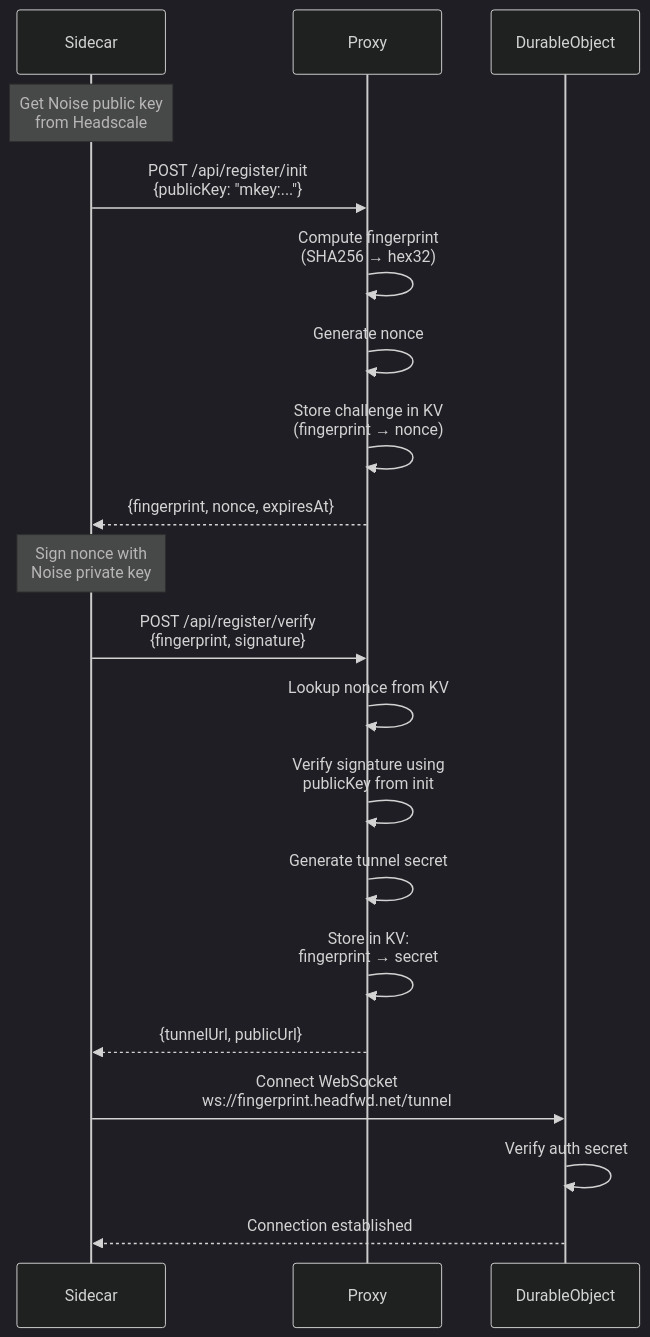
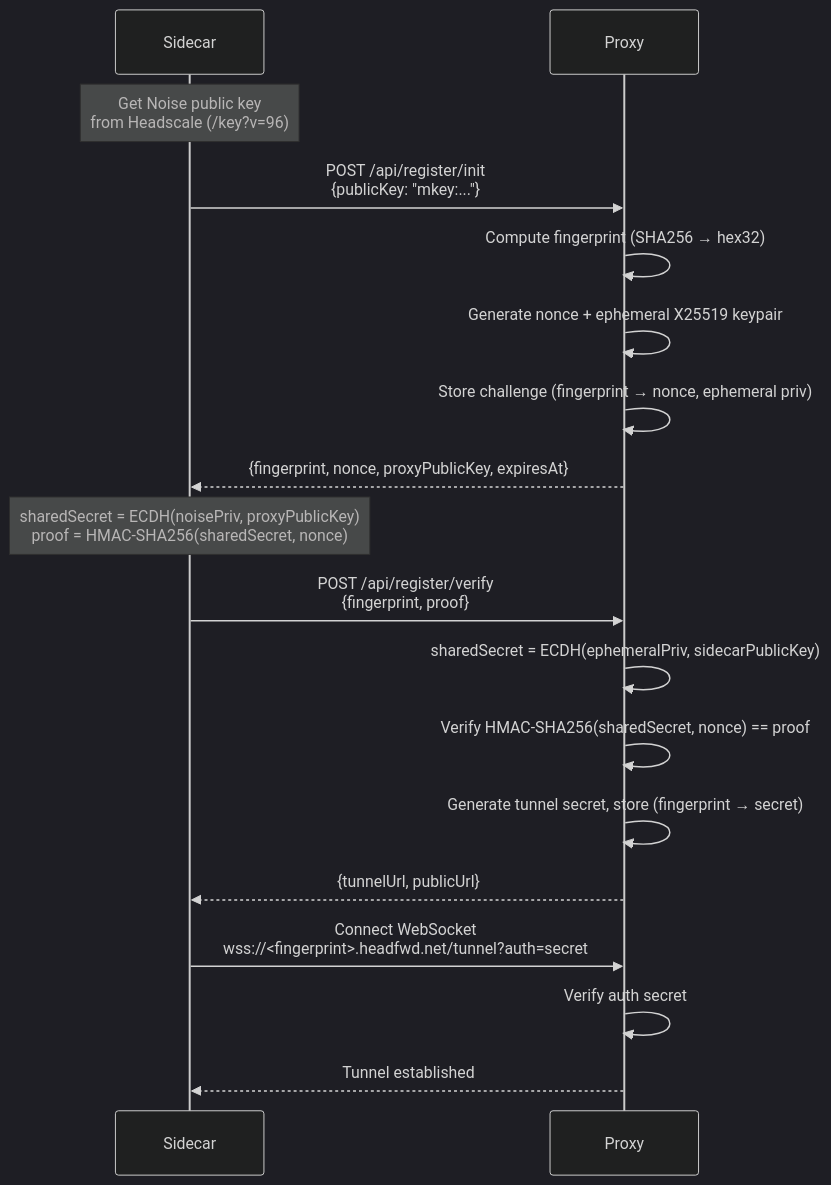
One commit to bridgedesktop/headfwd changed the diagram in docs/REGISTRATION.md. Above: the diagram before and after it, drawn with Mermaid (dark theme). The commit also changed other lines of this file and 5 other files, not shown here.

First line of the commit message:
docs: align architecture docs with current implementation

````diff
--- a/docs/REGISTRATION.md
+++ b/docs/REGISTRATION.md
@@ -17,25 +19,23 @@
 ```mermaid
 sequenceDiagram
     participant Sidecar
     participant Proxy
-    participant DO as DurableObject
-    
-    Note over Sidecar: Get Noise public key<br/>from Headscale
+
+    Note over Sidecar: Get Noise public key<br/>from Headscale (/key?v=96)
     Sidecar->>Proxy: POST /api/register/init<br/>{publicKey: "mkey:..."}
-    Proxy->>Proxy: Compute fingerprint<br/>(SHA256 → hex32)
-    Proxy->>Proxy: Generate nonce
-    Proxy->>Proxy: Store challenge in KV<br/>(fingerprint → nonce)
-    Proxy-->>Sidecar: {fingerprint, nonce, expiresAt}
-    
-    Note over Sidecar: Sign nonce with<br/>Noise private key
-    Sidecar->>Proxy: POST /api/register/verify<br/>{fingerprint, signature}
-    Proxy->>Proxy: Lookup nonce from KV
-    Proxy->>Proxy: Verify signature using<br/>publicKey from init
-    Proxy->>Proxy: Generate tunnel secret
-    Proxy->>Proxy: Store in KV:<br/>fingerprint → secret
+    Proxy->>Proxy: Compute fingerprint (SHA256 → hex32)
+    Proxy->>Proxy: Generate nonce + ephemeral X25519 keypair
+    Proxy->>Proxy: Store challenge (fingerprint → nonce, ephemeral priv)
+    Proxy-->>Sidecar: {fingerprint, nonce, proxyPublicKey, expiresAt}
+
+    Note over Sidecar: sharedSecret = ECDH(noisePriv, proxyPublicKey)<br/>proof = HMAC-SHA256(sharedSecret, nonce)
+    Sidecar->>Proxy: POST /api/register/verify<br/>{fingerprint, proof}
+    Proxy->>Proxy: sharedSecret = ECDH(ephemeralPriv, sidecarPublicKey)
+    Proxy->>Proxy: Verify HMAC-SHA256(sharedSecret, nonce) == proof
+    Proxy->>Proxy: Generate tunnel secret, store (fingerprint → secret)
     Proxy-->>Sidecar: {tunnelUrl, publicUrl}
-    
-    Sidecar->>DO: Connect WebSocket<br/>ws://fingerprint.headfwd.net/tunnel
-    DO->>DO: Verify auth secret
-    DO-->>Sidecar: Connection established
+
+    Sidecar->>Proxy: Connect WebSocket<br/>wss://<fingerprint>.headfwd.net/tunnel?auth=secret
+    Proxy->>Proxy: Verify auth secret
+    Proxy-->>Sidecar: Tunnel established
 ```
````
